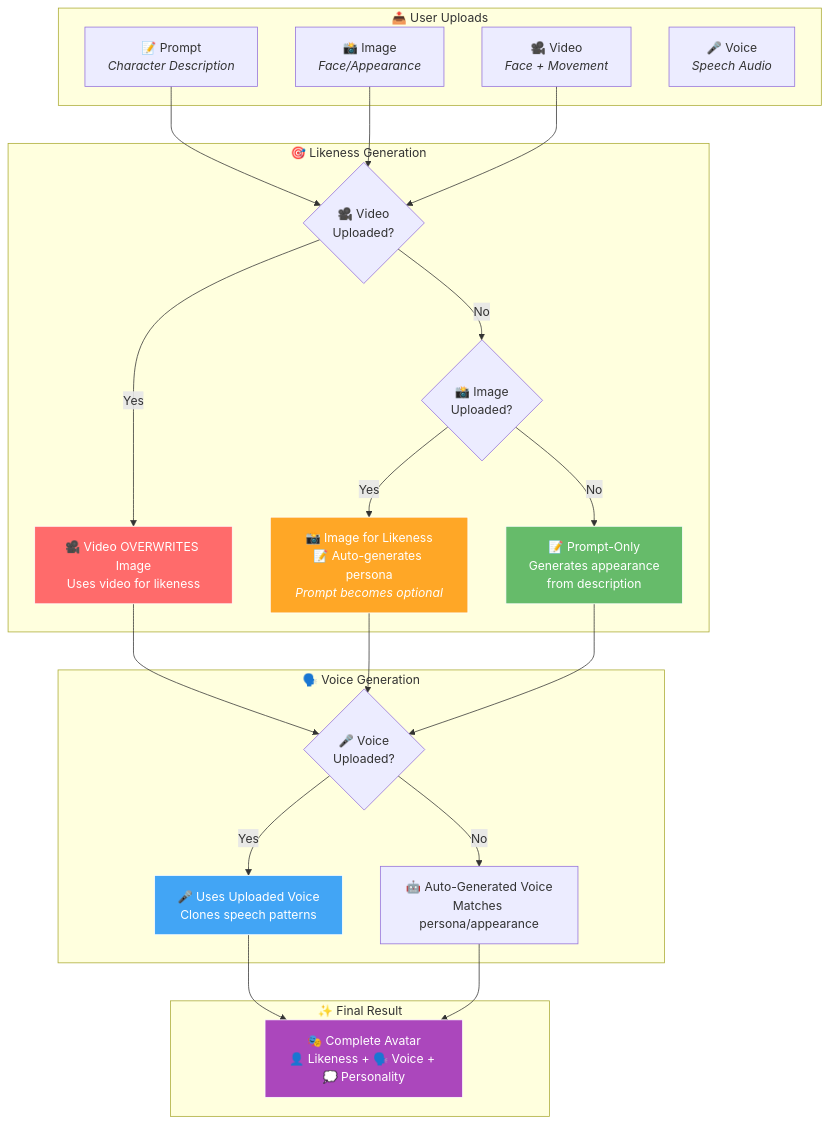
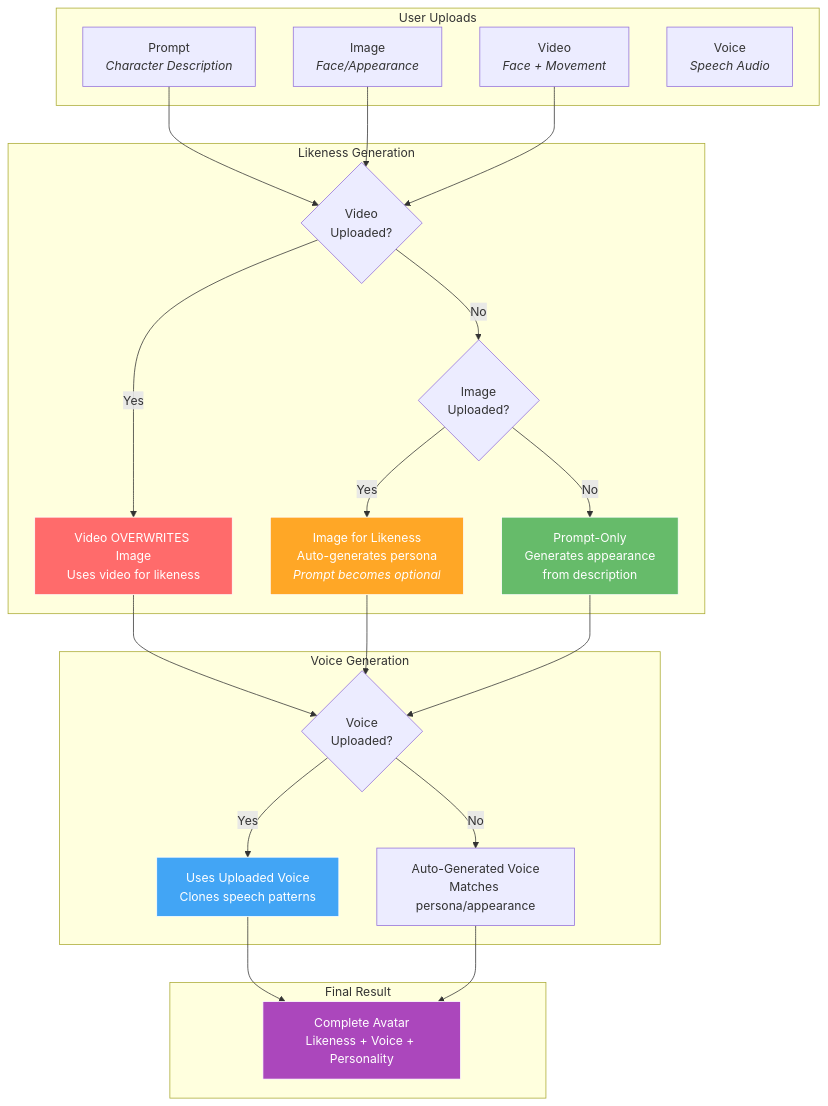
The diagram in public-docs/docs/getting-started/media-guide.md (bithuman-prod/public-bithuman-examples), drawn with Mermaid before and after one commit. The commit also changed other lines of this file and 32 other files, not shown here.

````diff
--- a/public-docs/docs/getting-started/media-guide.md
+++ b/public-docs/docs/getting-started/media-guide.md
@@ -82,44 +82,44 @@
 ```mermaid
 graph TD
-    subgraph "📤 User Uploads"
-        A[📝 Prompt<br/><i>Character Description</i>]
-        B[📸 Image<br/><i>Face/Appearance</i>]
-        C[🎥 Video<br/><i>Face + Movement</i>]
-        D[🎤 Voice<br/><i>Speech Audio</i>]
+    subgraph "User Uploads"
+        A[Prompt<br/><i>Character Description</i>]
+        B[Image<br/><i>Face/Appearance</i>]
+        C[Video<br/><i>Face + Movement</i>]
+        D[Voice<br/><i>Speech Audio</i>]
     end
-    
-    subgraph "🎯 Likeness Generation"
-        E{🎥 Video<br/>Uploaded?}
-        E -->|Yes| F[🎥 Video OVERWRITES Image<br/>Uses video for likeness]
-        E -->|No| G{📸 Image<br/>Uploaded?}
-        G -->|Yes| H[📸 Image for Likeness<br/>📝 Auto-generates persona<br/><i>Prompt becomes optional</i>]
-        G -->|No| I[📝 Prompt-Only<br/>Generates appearance<br/>from description]
+
+    subgraph "Likeness Generation"
+        E{Video<br/>Uploaded?}
+        E -->|Yes| F[Video OVERWRITES Image<br/>Uses video for likeness]
+        E -->|No| G{Image<br/>Uploaded?}
+        G -->|Yes| H[Image for Likeness<br/>Auto-generates persona<br/><i>Prompt becomes optional</i>]
+        G -->|No| I[Prompt-Only<br/>Generates appearance<br/>from description]
     end
-    
-    subgraph "🗣️ Voice Generation"
-        J{🎤 Voice<br/>Uploaded?}
-        J -->|Yes| K[🎤 Uses Uploaded Voice<br/>Clones speech patterns]
-        J -->|No| L[🤖 Auto-Generated Voice<br/>Matches persona/appearance]
+
+    subgraph "Voice Generation"
+        J{Voice<br/>Uploaded?}
+        J -->|Yes| K[Uses Uploaded Voice<br/>Clones speech patterns]
+        J -->|No| L[Auto-Generated Voice<br/>Matches persona/appearance]
     end
-    
-    subgraph "✨ Final Result"
-        M[🎭 Complete Avatar<br/>👤 Likeness + 🗣️ Voice + 💭 Personality]
+
+    subgraph "Final Result"
+        M[Complete Avatar<br/>Likeness + Voice + Personality]
     end
-    
+
     A --> E
     B --> E
     C --> E
-    
+
     F --> J
     H --> J
     I --> J
-    
+
     K --> M
     L --> M
-    
+
     style F fill:#ff6b6b,stroke:#fff,color:#fff
     style H fill:#ffa726,stroke:#fff,color:#fff
     style I fill:#66bb6a,stroke:#fff,color:#fff
     style K fill:#42a5f5,stroke:#fff,color:#fff
     style M fill:#ab47bc,stroke:#fff,color:#fff
 ```
````
